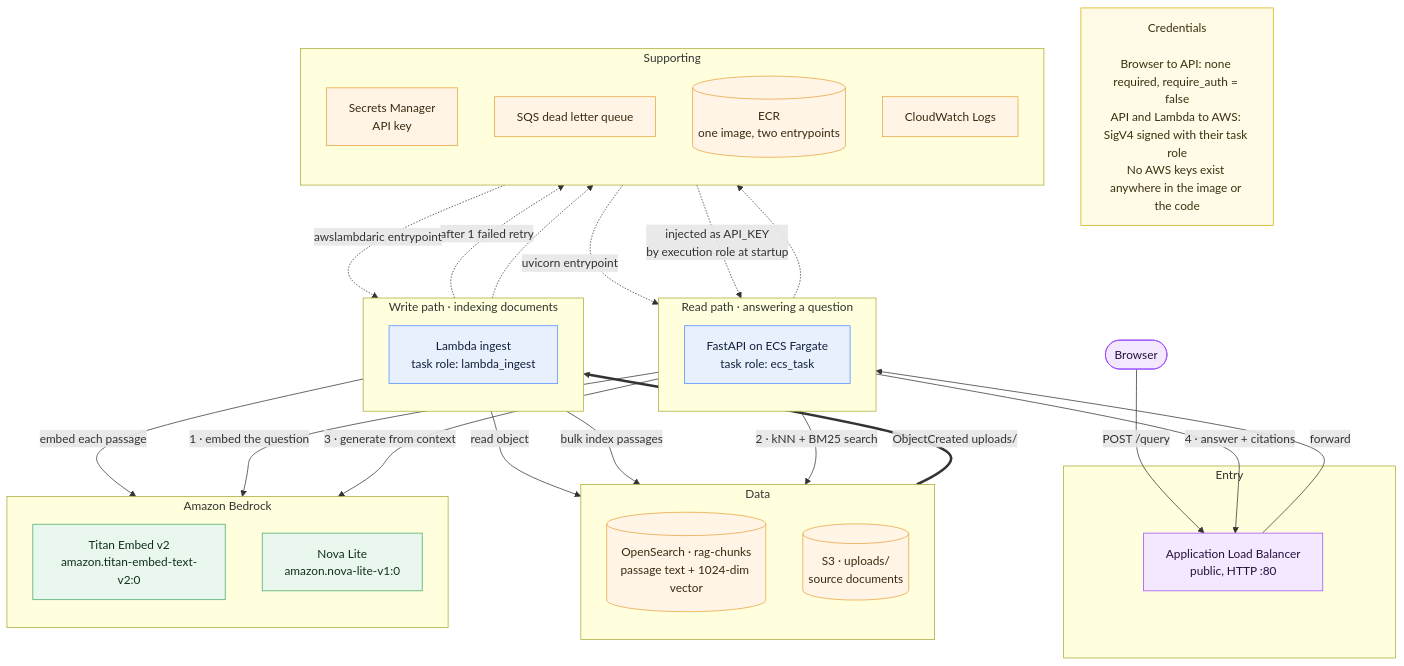
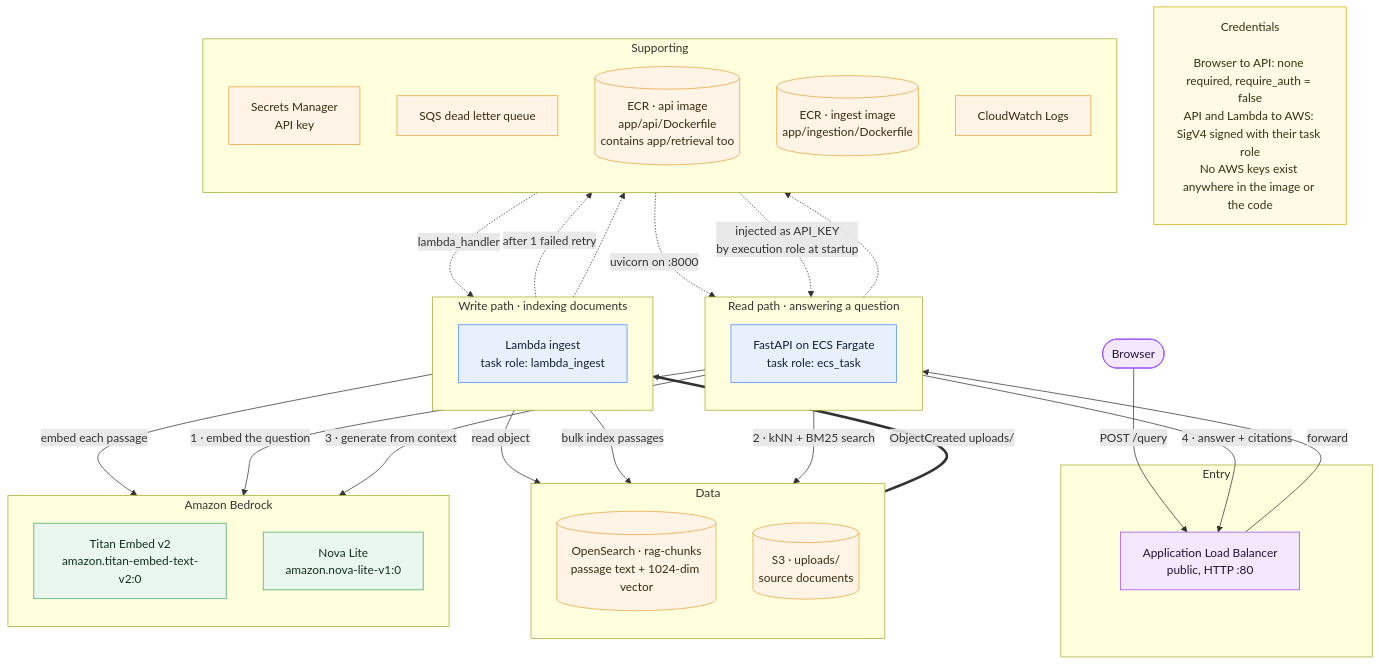
One commit to vardhan1228/rag-devops-project changed the diagram in docs/diagrams/02-service-interactions.mmd. Above: the diagram before and after it, drawn with Mermaid. The commit also changed 22 other files, not shown here.

```diff
--- a/docs/diagrams/02-service-interactions.mmd
+++ b/docs/diagrams/02-service-interactions.mmd
@@ -1,72 +1,73 @@
 %% Which service calls which, with what credential. Grouped by role to keep
 %% the read path and the write path visually separate.
 flowchart TB
   user(["Browser"])
 
   subgraph front["Entry"]
     alb["Application Load Balancer<br/>public, HTTP :80"]
   end
 
   subgraph read["Read path · answering a question"]
     direction TB
     api["FastAPI on ECS Fargate<br/>task role: ecs_task"]
   end
 
   subgraph write["Write path · indexing documents"]
     direction TB
     lam["Lambda ingest<br/>task role: lambda_ingest"]
   end
 
   subgraph data["Data"]
     direction TB
     os[("OpenSearch · rag-chunks<br/>passage text + 1024-dim vector")]
     s3[("S3 · uploads/<br/>source documents")]
   end
 
   subgraph models["Amazon Bedrock"]
     direction TB
     emb["Titan Embed v2<br/>amazon.titan-embed-text-v2:0"]
     gen["Nova Lite<br/>amazon.nova-lite-v1:0"]
   end
 
   subgraph support["Supporting"]
     direction TB
     sm["Secrets Manager<br/>API key"]
     dlq["SQS dead letter queue"]
-    ecr[("ECR<br/>one image, two entrypoints")]
+    ecrapi[("ECR · api image<br/>app/api/Dockerfile<br/>contains app/retrieval too")]
+    ecring[("ECR · ingest image<br/>app/ingestion/Dockerfile")]
     logs["CloudWatch Logs"]
   end
 
   user -->|"POST /query"| alb
   alb -->|"forward"| api
 
   api -->|"1 · embed the question"| emb
   api -->|"2 · kNN + BM25 search"| os
   api -->|"3 · generate from context"| gen
   api -->|"4 · answer + citations"| alb
 
   s3 ==>|"ObjectCreated uploads/"| lam
   lam -->|"read object"| s3
   lam -->|"embed each passage"| emb
   lam -->|"bulk index passages"| os
   lam -.->|"after 1 failed retry"| dlq
 
-  ecr -.->|"uvicorn entrypoint"| api
-  ecr -.->|"awslambdaric entrypoint"| lam
+  ecrapi -.->|"uvicorn on :8000"| api
+  ecring -.->|"lambda_handler"| lam
   sm -.->|"injected as API_KEY<br/>by execution role at startup"| api
   api -.-> logs
   lam -.-> logs
 
   cred["Credentials<br/><br/>Browser to API: none required, require_auth = false<br/>API and Lambda to AWS: SigV4 signed with their task role<br/>No AWS keys exist anywhere in the image or the code"]
 
   classDef edge fill:#f3e8ff,stroke:#9a4cff,color:#26113a
   classDef compute fill:#e8f0fe,stroke:#4c8dff,color:#11203a
   classDef store fill:#fff4e5,stroke:#e8a33d,color:#3a2a11
   classDef model fill:#eaf7ee,stroke:#48a868,color:#11301c
   classDef note fill:#fffbe6,stroke:#d4b106,color:#3a3111
 
   class alb,user edge
   class api,lam compute
-  class os,s3,ecr,sm,dlq,logs store
+  class os,s3,ecrapi,ecring,sm,dlq,logs store
   class emb,gen model
   class cred note
```
